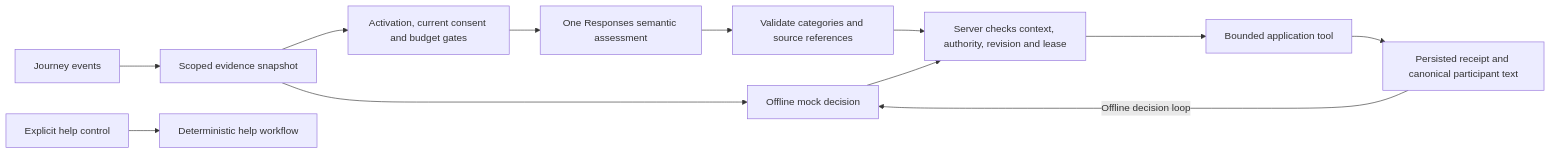
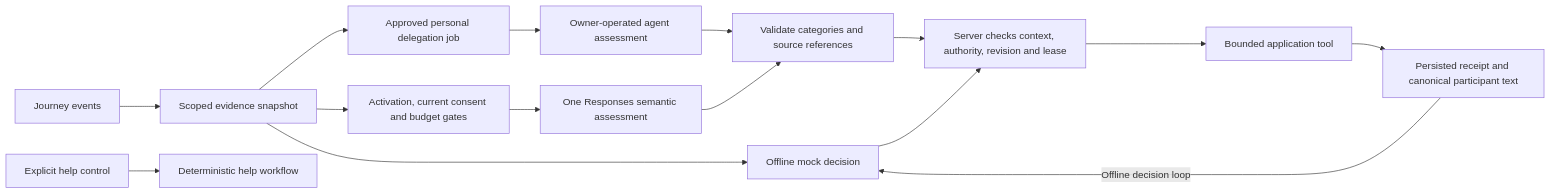
Before and after one commit to Jrffy666/StillHere: the diagram in docs/AI_DESIGN.md, drawn with Mermaid. The commit also changed other lines of this file and 51 other files, not shown here.

Commit message:
Implement personal agent delegation, bounded Codex runtime and service receipts

````diff
--- a/docs/AI_DESIGN.md
+++ b/docs/AI_DESIGN.md
@@ -63,14 +75,17 @@
 ```mermaid
 flowchart LR
   E[Journey events] --> C[Scoped evidence snapshot]
   C --> O[Offline mock decision]
+  C --> D[Approved personal delegation job]
+  D --> A[Owner-operated agent assessment]
+  A --> V
   C --> G[Activation, current consent and budget gates]
   G --> M[One Responses semantic assessment]
   M --> V[Validate categories and source references]
   V --> P[Server checks context, authority, revision and lease]
   O --> P
   P --> T[Bounded application tool]
   T --> R[Persisted receipt and canonical participant text]
   R -->|Offline decision loop| O
   S[Explicit help control] --> H[Deterministic help workflow]
 ```
````
